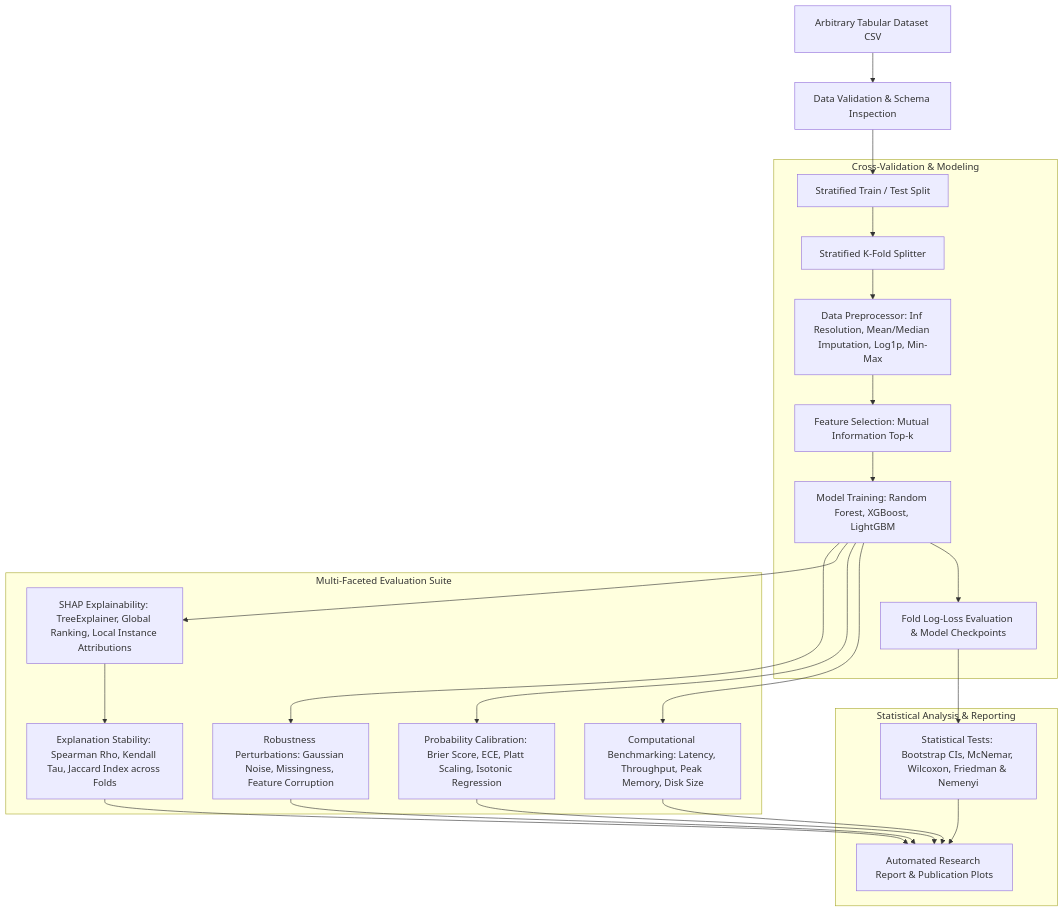
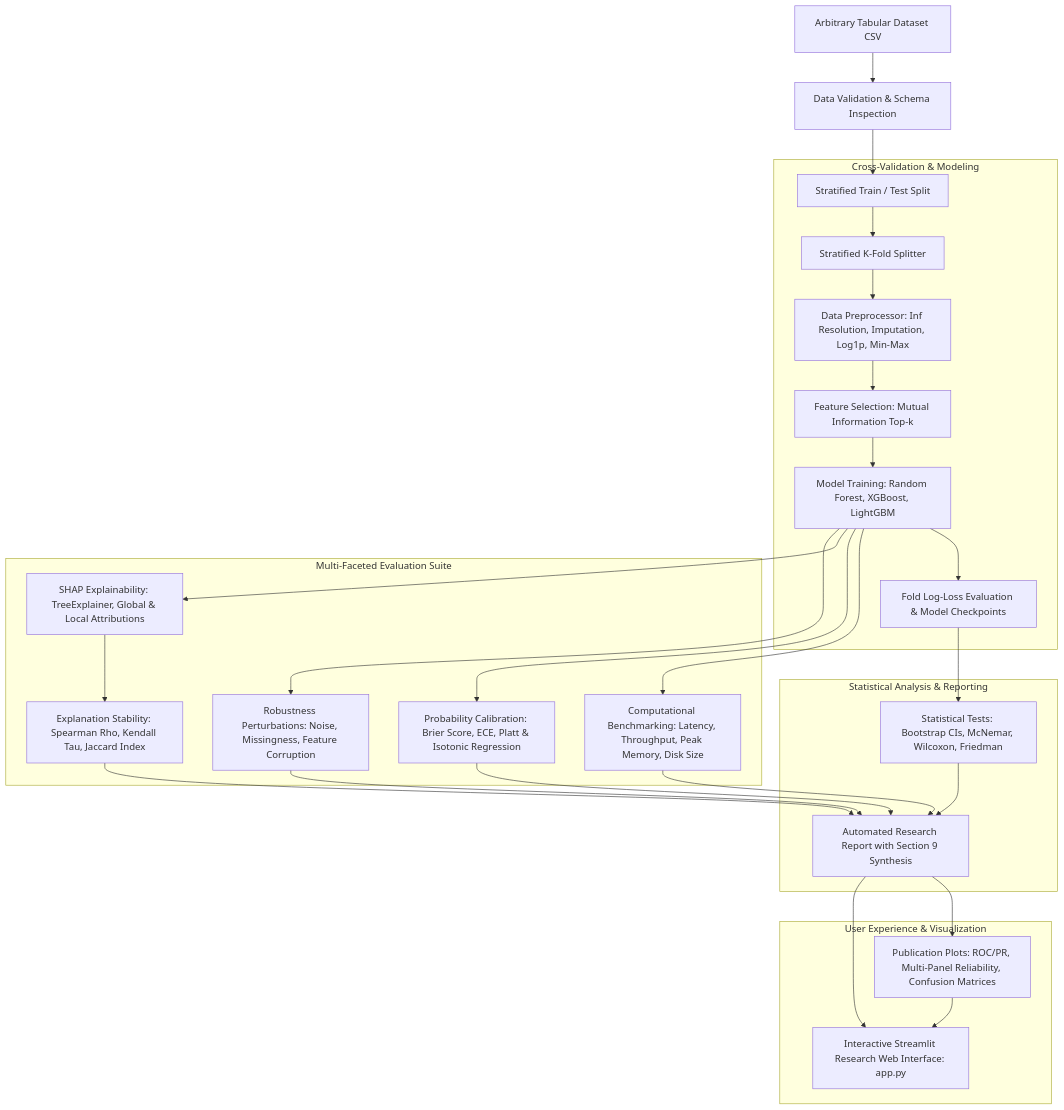
Before and after one commit to krishnasharmak05/Explainable-ML-Framework: the diagram in docs/architecture.md, drawn with Mermaid. The commit also changed other lines of this file and 3 other files, not shown here.

````diff
--- a/docs/architecture.md
+++ b/docs/architecture.md
@@ -15,30 +16,36 @@
 ```mermaid
 graph TD
     A[Arbitrary Tabular Dataset CSV] --> B[Data Validation & Schema Inspection]
     B --> C[Stratified Train / Test Split]
     
     subgraph Cross-Validation & Modeling
         C --> D[Stratified K-Fold Splitter]
-        D --> E[Data Preprocessor: Inf Resolution, Mean/Median Imputation, Log1p, Min-Max]
+        D --> E[Data Preprocessor: Inf Resolution, Imputation, Log1p, Min-Max]
         E --> F[Feature Selection: Mutual Information Top-k]
         F --> G[Model Training: Random Forest, XGBoost, LightGBM]
         G --> H[Fold Log-Loss Evaluation & Model Checkpoints]
     end
     
     subgraph Multi-Faceted Evaluation Suite
         G --> I[Computational Benchmarking: Latency, Throughput, Peak Memory, Disk Size]
-        G --> J[Probability Calibration: Brier Score, ECE, Platt Scaling, Isotonic Regression]
-        G --> K[SHAP Explainability: TreeExplainer, Global Ranking, Local Instance Attributions]
-        K --> L[Explanation Stability: Spearman Rho, Kendall Tau, Jaccard Index across Folds]
-        G --> M[Robustness Perturbations: Gaussian Noise, Missingness, Feature Corruption]
+        G --> J[Probability Calibration: Brier Score, ECE, Platt & Isotonic Regression]
+        G --> K[SHAP Explainability: TreeExplainer, Global & Local Attributions]
+        K --> L[Explanation Stability: Spearman Rho, Kendall Tau, Jaccard Index]
+        G --> M[Robustness Perturbations: Noise, Missingness, Feature Corruption]
     end
     
     subgraph Statistical Analysis & Reporting
-        H --> N[Statistical Tests: Bootstrap CIs, McNemar, Wilcoxon, Friedman & Nemenyi]
-        I --> O[Automated Research Report & Publication Plots]
+        H --> N[Statistical Tests: Bootstrap CIs, McNemar, Wilcoxon, Friedman]
+        I --> O[Automated Research Report with Section 9 Synthesis]
         J --> O
         L --> O
         M --> O
         N --> O
     end
+
+    subgraph User Experience & Visualization
+        O --> P[Publication Plots: ROC/PR, Multi-Panel Reliability, Confusion Matrices]
+        O --> Q[Interactive Streamlit Research Web Interface: app.py]
+        P --> Q
+    end
 ```
````
